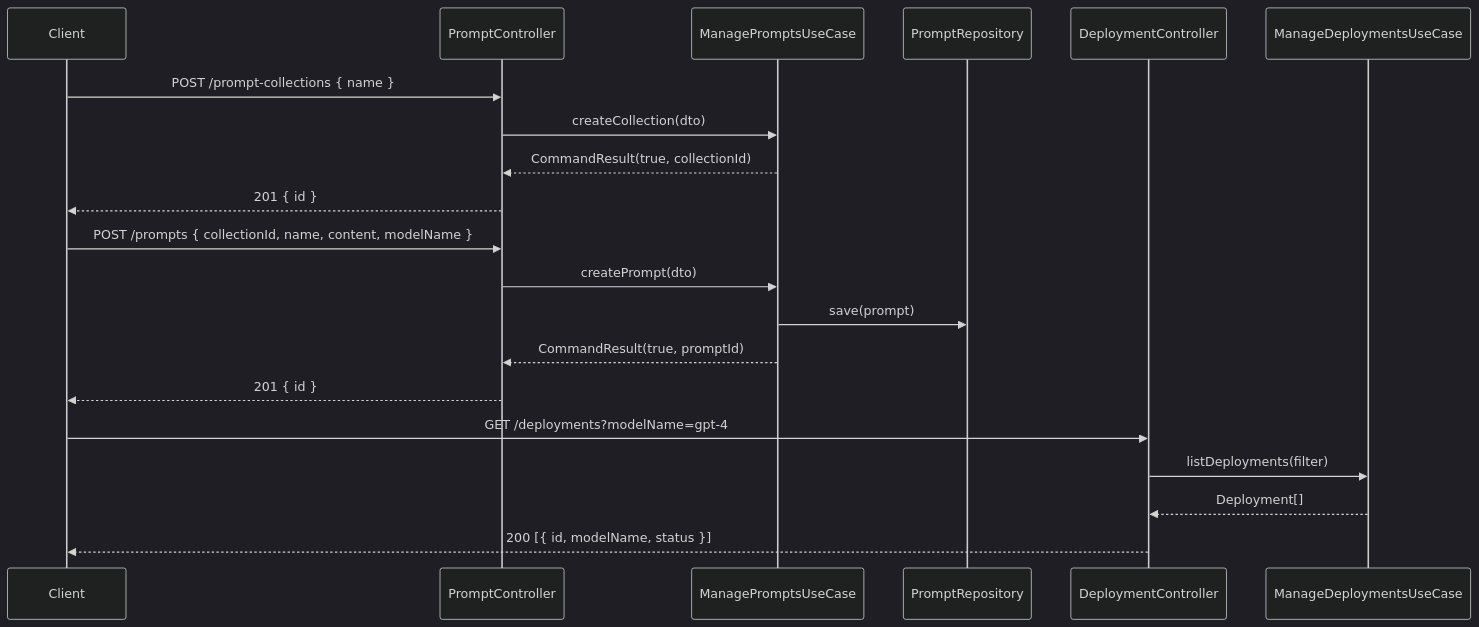
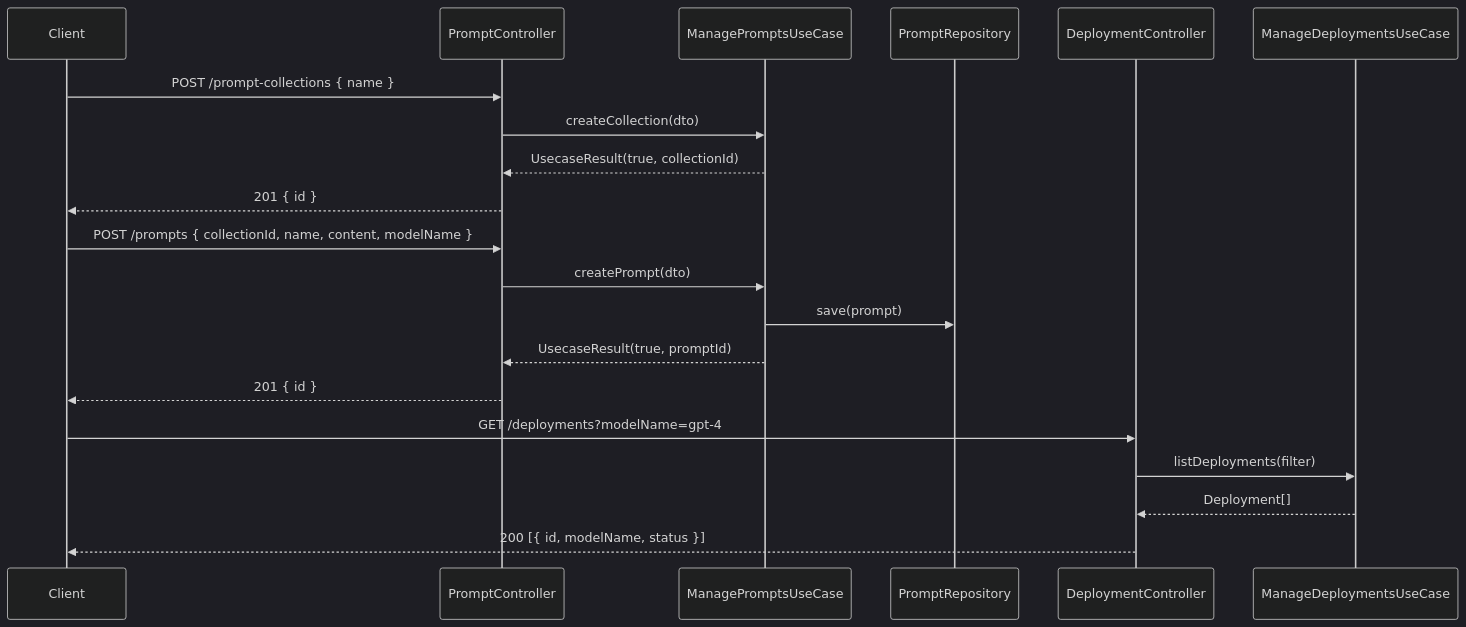
The third of 3 diagrams in ai-launchpad/UML.md (UIMSolutions/uim-platform), drawn with Mermaid (dark theme) before and after one commit. The commit also changed 907 other files, not shown here.

Commit message:
Rename CommandResult

````diff
--- a/ai-launchpad/UML.md
+++ b/ai-launchpad/UML.md
@@ -174,25 +174,25 @@
 ```mermaid
 sequenceDiagram
     participant Client
     participant PC as PromptController
     participant PUC as ManagePromptsUseCase
     participant PR as PromptRepository
     participant DC as DeploymentController
     participant DUC as ManageDeploymentsUseCase
 
     Client->>PC: POST /prompt-collections { name }
     PC->>PUC: createCollection(dto)
-    PUC-->>PC: CommandResult(true, collectionId)
+    PUC-->>PC: UsecaseResult(true, collectionId)
     PC-->>Client: 201 { id }
 
     Client->>PC: POST /prompts { collectionId, name, content, modelName }
     PC->>PUC: createPrompt(dto)
     PUC->>PR: save(prompt)
-    PUC-->>PC: CommandResult(true, promptId)
+    PUC-->>PC: UsecaseResult(true, promptId)
     PC-->>Client: 201 { id }
 
     Client->>DC: GET /deployments?modelName=gpt-4
     DC->>DUC: listDeployments(filter)
     DUC-->>DC: Deployment[]
     DC-->>Client: 200 [{ id, modelName, status }]
 ```
````
